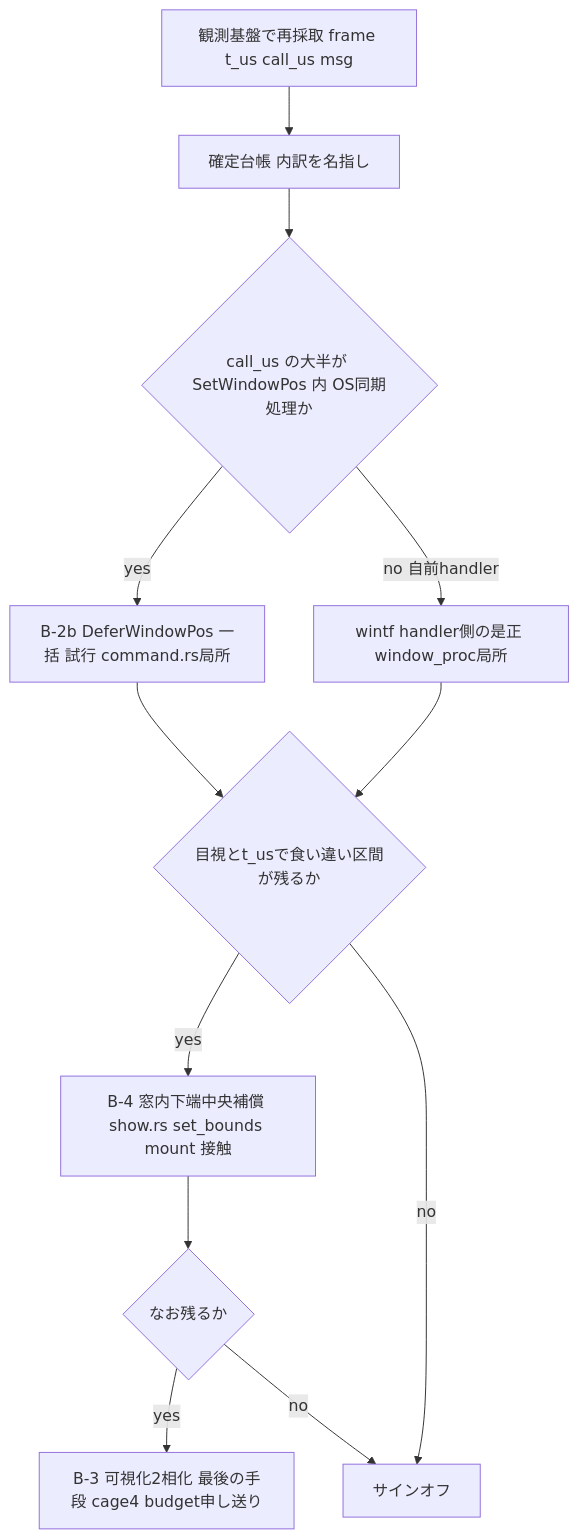
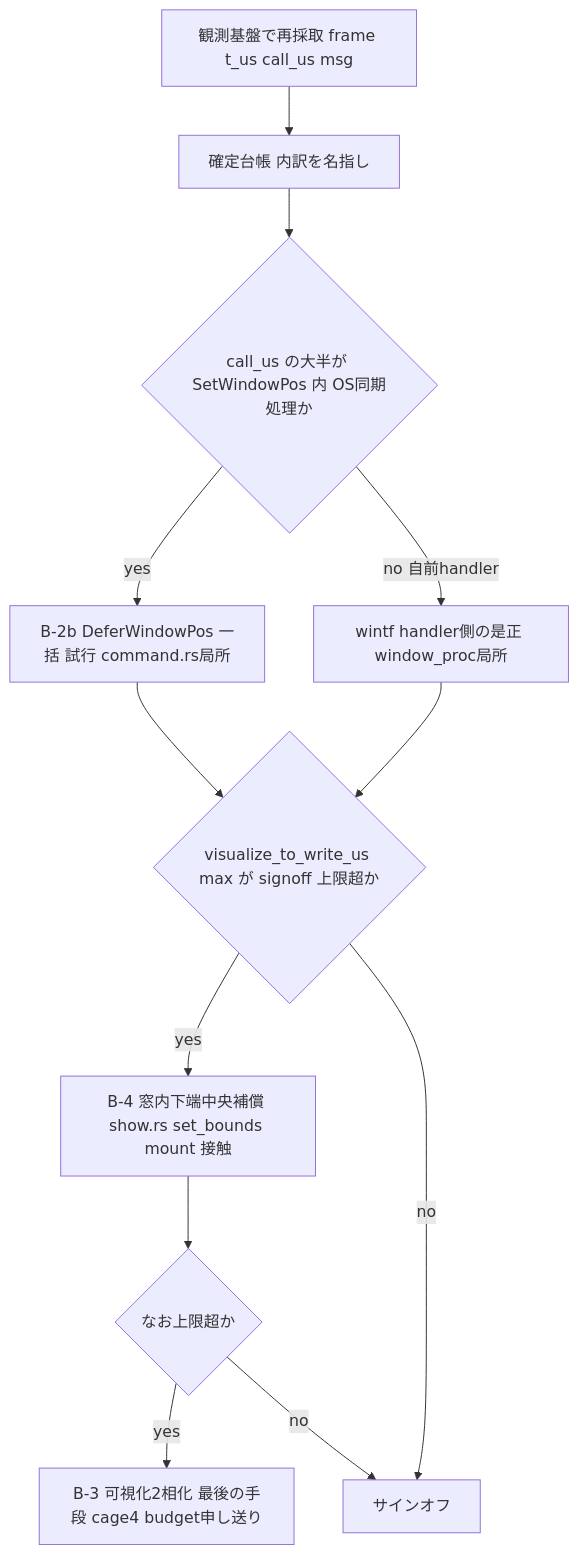
One commit to ekicyou/areka changed the fourth of 4 diagrams in .kiro/specs/areka-P0-dpi-transition-atomicity/design.md. Above: the diagram before and after it, drawn with Mermaid. The commit also changed other lines of this file and 1 other file, not shown here.

````diff
--- a/.kiro/specs/areka-P0-dpi-transition-atomicity/design.md
+++ b/.kiro/specs/areka-P0-dpi-transition-atomicity/design.md
@@ -282,14 +279,14 @@
 ```mermaid
 flowchart TD
     R2[観測基盤で再採取 frame t_us call_us msg] --> L[確定台帳 内訳を名指し]
     L --> Q1{call_us の大半が SetWindowPos 内 OS同期処理か}
     Q1 -->|yes| B2b[B-2b DeferWindowPos 一括 試行 command.rs局所]
     Q1 -->|no 自前handler| H[wintf handler側の是正 window_proc局所]
-    B2b --> Q2{目視とt_usで食い違い区間が残るか}
+    B2b --> Q2{visualize_to_write_us max が signoff 上限超か}
     H --> Q2
     Q2 -->|yes| B4[B-4 窓内下端中央補償 show.rs set_bounds mount 接触]
-    B4 --> Q3{なお残るか}
+    B4 --> Q3{なお上限超か}
     Q3 -->|yes| B3[B-3 可視化2相化 最後の手段 cage4 budget申し送り]
     Q2 -->|no| DONE[サインオフ]
     Q3 -->|no| DONE
 ```
````
